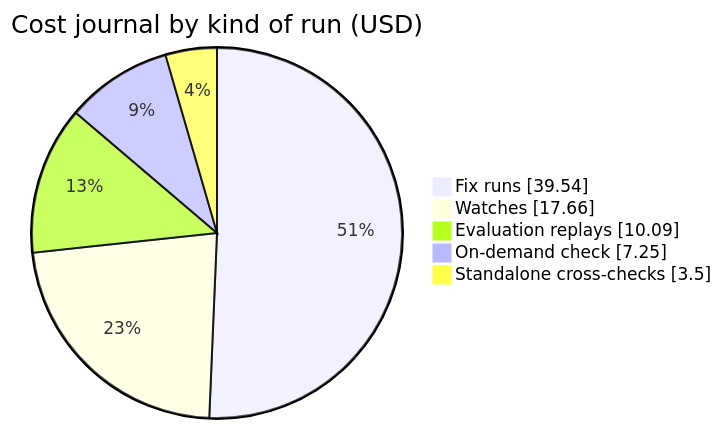
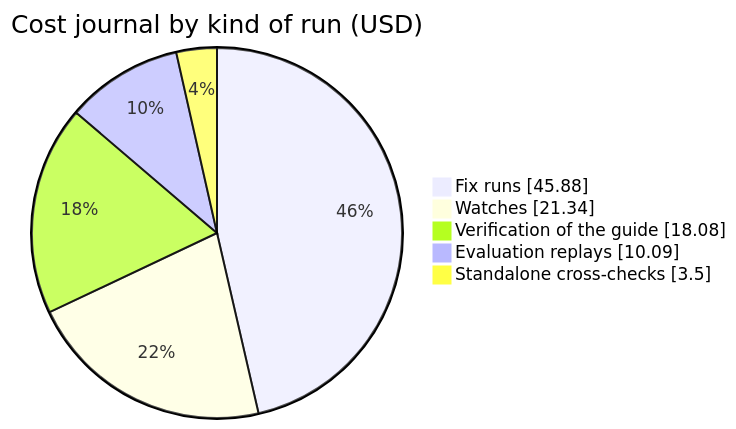
The fourth of 5 diagrams in docs/presentation.md (DamienBecherini/vault-watch-agent), drawn with Mermaid before and after one commit. The commit also changed other lines of this file and 7 other files, not shown here.

````diff
--- a/docs/presentation.md
+++ b/docs/presentation.md
@@ -136,9 +136,9 @@
 ```mermaid
 pie showData
   title Cost journal by kind of run (USD)
-  "Fix runs" : 39.54
-  "Watches" : 17.66
+  "Fix runs" : 45.88
+  "Watches" : 21.34
+  "Verification of the guide" : 18.08
   "Evaluation replays" : 10.09
-  "On-demand check" : 7.25
   "Standalone cross-checks" : 3.50
 ```
````
